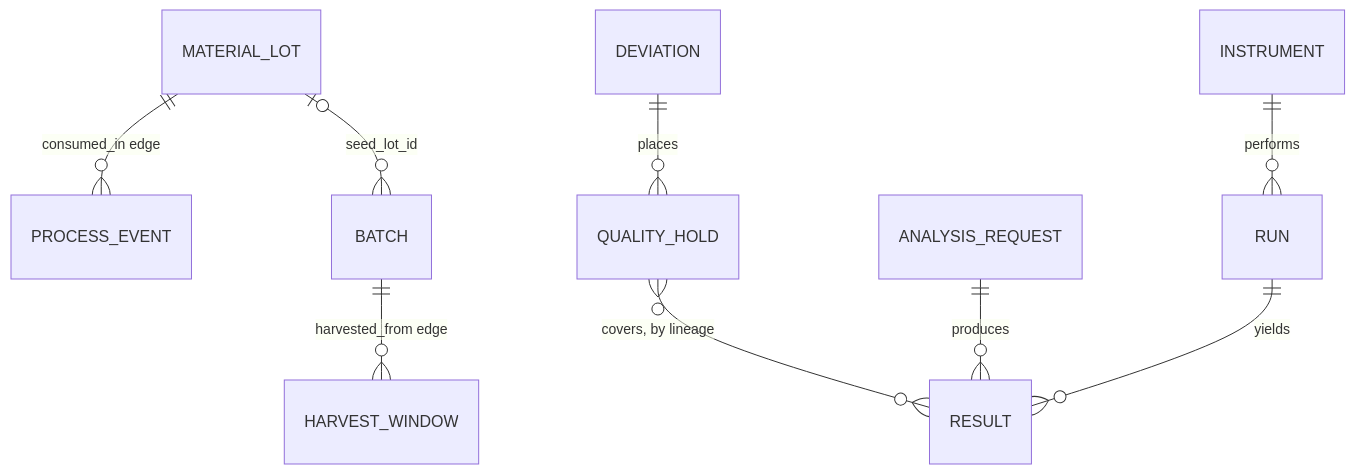
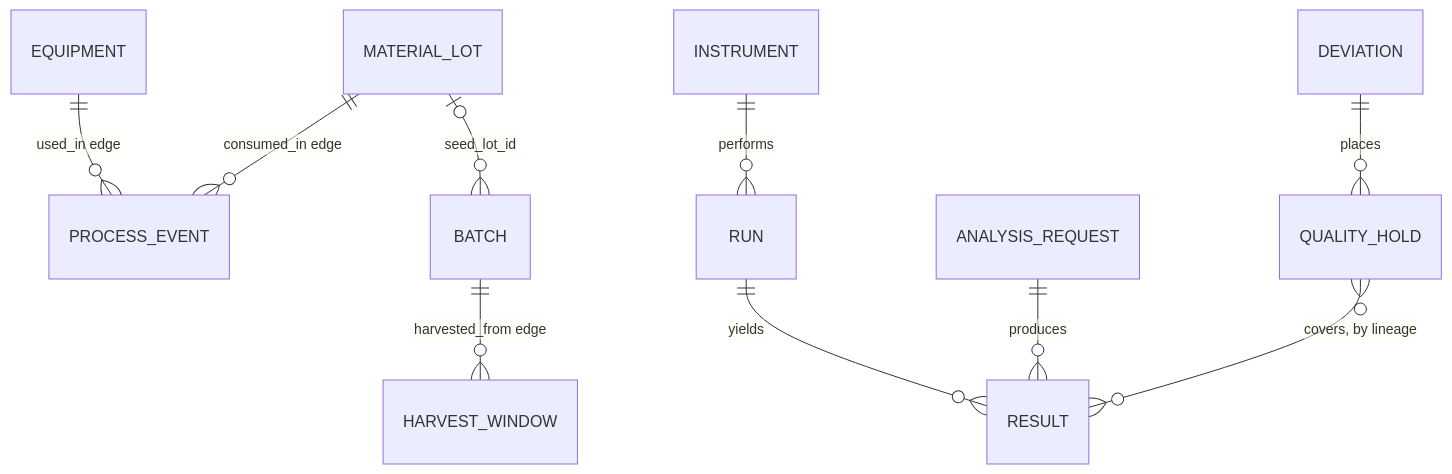
Before and after one commit to jin-wolee/LS_Bioprocess: the sixth of 10 diagrams in docs/design/data_model.md, drawn with Mermaid. The commit also changed other lines of this file and 2 other files, not shown here.

````diff
--- a/docs/design/data_model.md
+++ b/docs/design/data_model.md
@@ -596,11 +598,12 @@
 ```mermaid
 erDiagram
   MATERIAL_LOT ||--o{ PROCESS_EVENT : "consumed_in edge"
+  EQUIPMENT ||--o{ PROCESS_EVENT : "used_in edge"
   MATERIAL_LOT |o--o{ BATCH : "seed_lot_id"
   BATCH ||--o{ HARVEST_WINDOW : "harvested_from edge"
   DEVIATION ||--o{ QUALITY_HOLD : places
   QUALITY_HOLD }o--o{ RESULT : "covers, by lineage"
   ANALYSIS_REQUEST ||--o{ RESULT : produces
   INSTRUMENT ||--o{ RUN : performs
   RUN ||--o{ RESULT : yields
 ```
````
